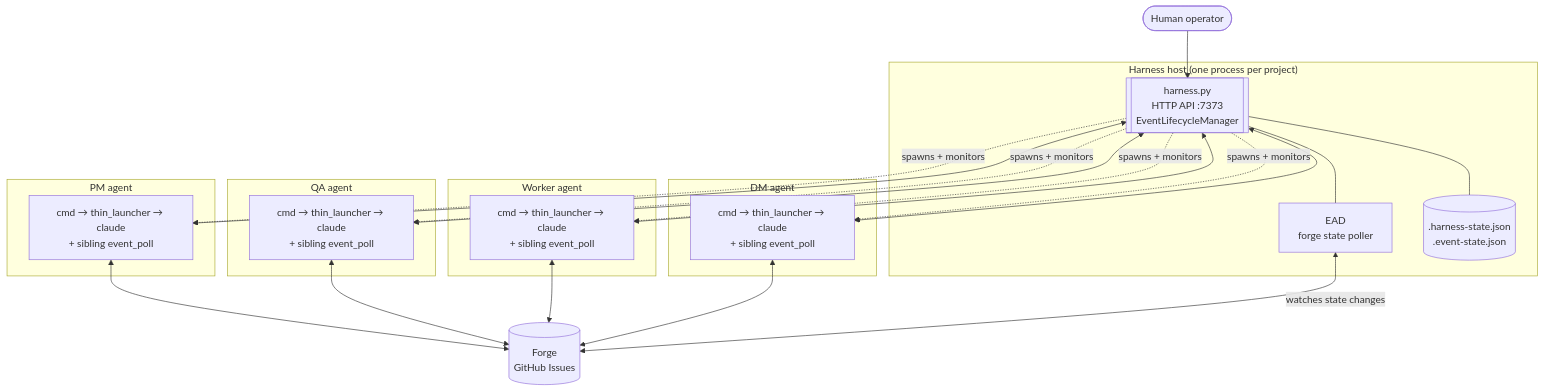
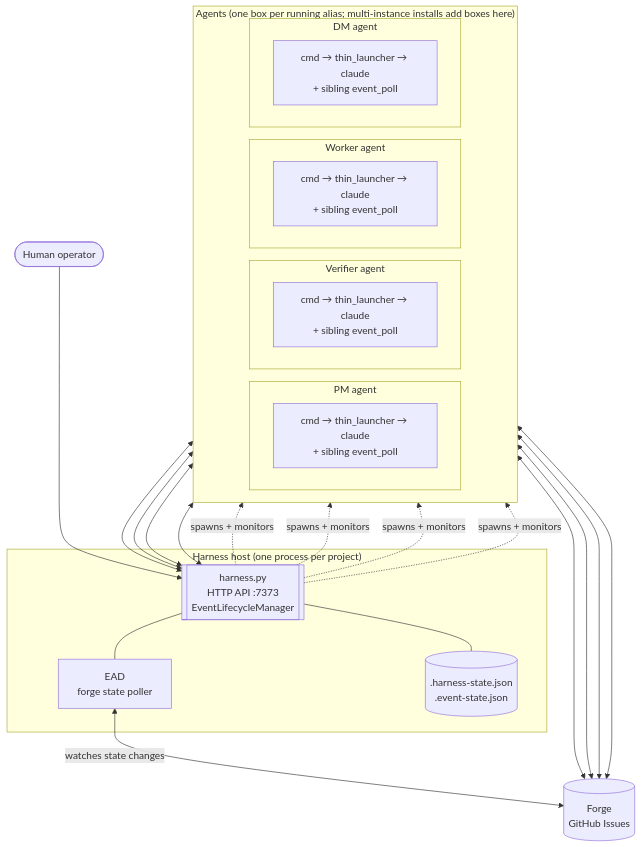
One commit to WallyDoodlez/SquidSquad changed the second of 16 diagrams in docs/AGENT-RUNTIME.md. Above: the diagram before and after it, drawn with Mermaid. The commit also changed other lines of this file and 7 other files, not shown here.

````diff
--- a/docs/AGENT-RUNTIME.md
+++ b/docs/AGENT-RUNTIME.md
@@ -98,48 +114,49 @@
 ```mermaid
 flowchart TB
     Operator(["Human operator"])
-    Forge[("Forge<br/>GitHub Issues")]
 
     subgraph harness_box["Harness host (one process per project)"]
         Harness[["harness.py<br/>HTTP API :7373<br/>EventLifecycleManager"]]
         EAD["EAD<br/>forge state poller"]
         StateFiles[(".harness-state.json<br/>.event-state.json")]
         Harness --- EAD
         Harness --- StateFiles
     end
 
-    subgraph pm_box["PM agent"]
-        PMTree["cmd → thin_launcher → claude<br/>+ sibling event_poll"]
-    end
+    Forge[("Forge<br/>GitHub Issues")]
 
-    subgraph qa_box["QA agent"]
-        QATree["cmd → thin_launcher → claude<br/>+ sibling event_poll"]
-    end
-
-    subgraph worker_box["Worker agent"]
-        WorkerTree["cmd → thin_launcher → claude<br/>+ sibling event_poll"]
-    end
-
-    subgraph dm_box["DM agent"]
-        DMTree["cmd → thin_launcher → claude<br/>+ sibling event_poll"]
+    subgraph agents_row["Agents (one box per running alias; multi-instance installs add boxes here)"]
+        direction LR
+        subgraph pm_box["PM agent"]
+            PMTree["cmd → thin_launcher → claude<br/>+ sibling event_poll"]
+        end
+        subgraph verifier_box["Verifier agent"]
+            VerifierTree["cmd → thin_launcher → claude<br/>+ sibling event_poll"]
+        end
+        subgraph worker_box["Worker agent"]
+            WorkerTree["cmd → thin_launcher → claude<br/>+ sibling event_poll"]
+        end
+        subgraph dm_box["DM agent"]
+            DMTree["cmd → thin_launcher → claude<br/>+ sibling event_poll"]
+        end
     end
 
     Operator --> Harness
 
     Harness -.->|spawns + monitors| PMTree
-    Harness -.->|spawns + monitors| QATree
+    Harness -.->|spawns + monitors| VerifierTree
     Harness -.->|spawns + monitors| WorkerTree
     Harness -.->|spawns + monitors| DMTree
 
     PMTree <--> Harness
-    QATree <--> Harness
+    VerifierTree <--> Harness
     WorkerTree <--> Harness
     DMTree <--> Harness
 
     PMTree <--> Forge
-    QATree <--> Forge
+    VerifierTree <--> Forge
     WorkerTree <--> Forge
     DMTree <--> Forge
 
     EAD <-->|watches state changes| Forge
 ```
````
